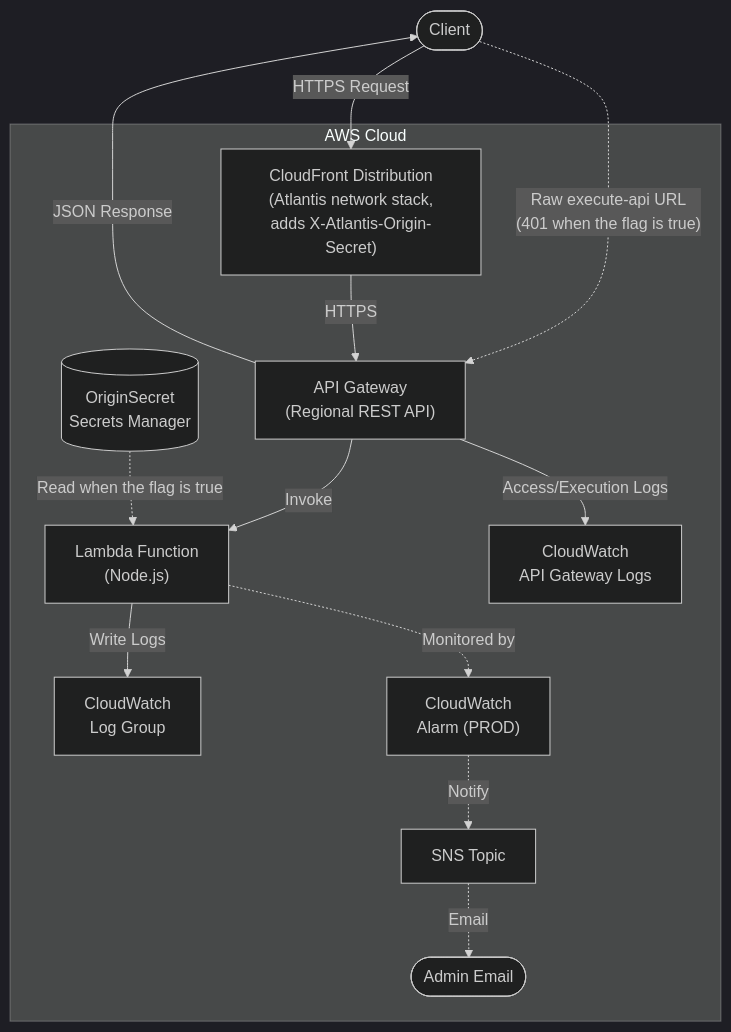
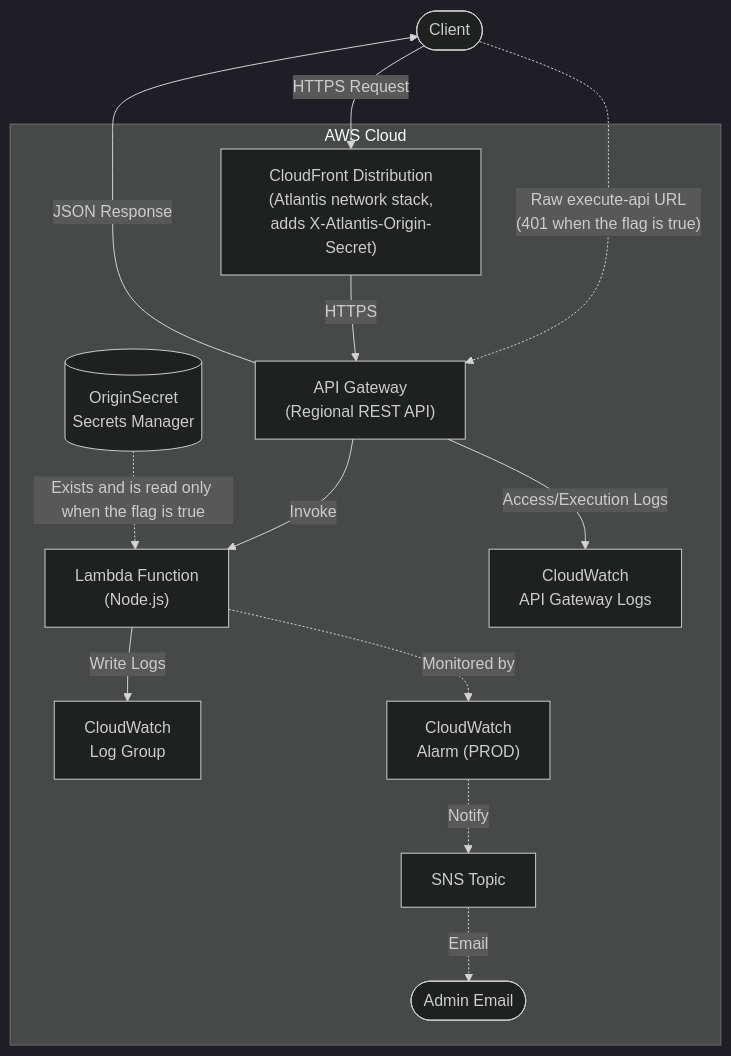
One commit to 63Klabs/atlantis-starter-02-apigw-lambda-cache-data-nodejs changed the first of 2 diagrams in ARCHITECTURE.md. Above: the diagram before and after it, drawn with Mermaid (dark theme). The commit also changed other lines of this file and 28 other files, not shown here.

````diff
--- a/ARCHITECTURE.md
+++ b/ARCHITECTURE.md
@@ -38,19 +38,19 @@
 ```mermaid
 flowchart TB
     Client([Client]) -->|HTTPS Request| CF
     Client -.->|"Raw execute-api URL<br/>(401 when the flag is true)"| APIGW
 
     subgraph AWS["AWS Cloud"]
         CF["CloudFront Distribution<br/>(Atlantis network stack,<br/>adds X-Atlantis-Origin-Secret)"]
         CF -->|HTTPS| APIGW["API Gateway<br/>(Regional REST API)"]
         APIGW -->|Invoke| Lambda["Lambda Function<br/>(Node.js)"]
-        Secret[("OriginSecret<br/>Secrets Manager")] -.->|"Read when the flag is true"| Lambda
+        Secret[("OriginSecret<br/>Secrets Manager")] -.->|"Exists and is read only when the flag is true"| Lambda
         Lambda -->|Write Logs| CWLogs["CloudWatch<br/>Log Group"]
         Lambda -.->|Monitored by| CWAlarm["CloudWatch<br/>Alarm (PROD)"]
         CWAlarm -.->|Notify| SNS["SNS Topic"]
         SNS -.->|Email| Email([Admin Email])
         APIGW -->|Access/Execution Logs| APILogs["CloudWatch<br/>API Gateway Logs"]
     end
 
     APIGW -->|JSON Response| Client
 ```
````
